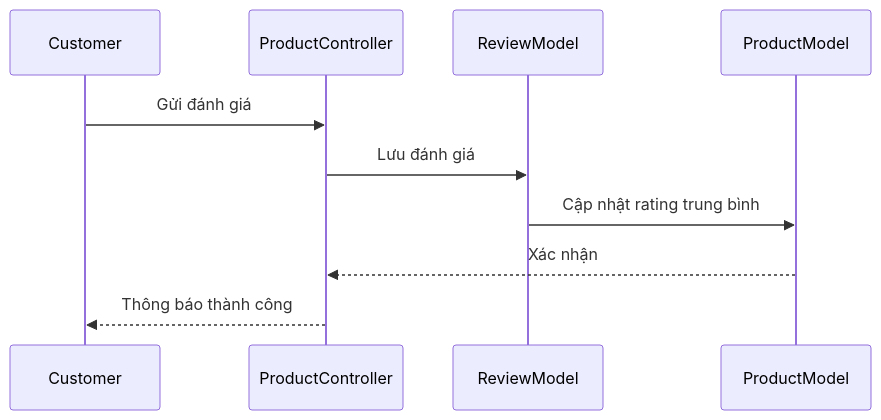
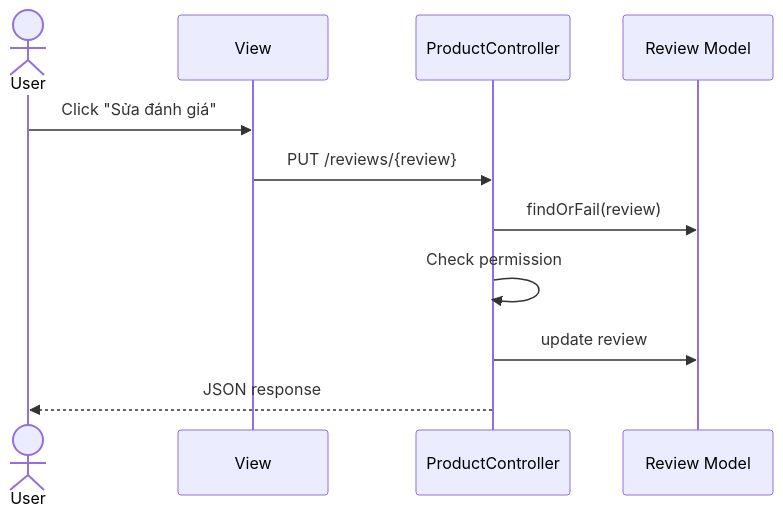
Before and after one commit to xuanmanh-2110/flowershop: diagram 18 of 24 in README.md, drawn with Mermaid. The commit also changed other lines of this file, not shown here.

Commit message:
Add sequence diagrams for user authentication, product management, and order processing in README.md

````diff
--- a/README.md
+++ b/README.md
@@ -544,13 +851,14 @@
 ```mermaid
 sequenceDiagram
-    participant Customer
+    actor User
+    participant View
     participant ProductController
-    participant ReviewModel
-    participant ProductModel
-    
-    Customer->>ProductController: Gửi đánh giá
-    ProductController->>ReviewModel: Lưu đánh giá
-    ReviewModel->>ProductModel: Cập nhật rating trung bình
-    ProductModel-->>ProductController: Xác nhận
-    ProductController-->>Customer: Thông báo thành công
+    participant Review Model
+
+    User->>View: Click "Sửa đánh giá"
+    View->>ProductController: PUT /reviews/{review}
+    ProductController->>Review Model: findOrFail(review)
+    ProductController->>ProductController: Check permission
+    ProductController->>Review Model: update review
+    ProductController-->>User: JSON response
 ```
````
